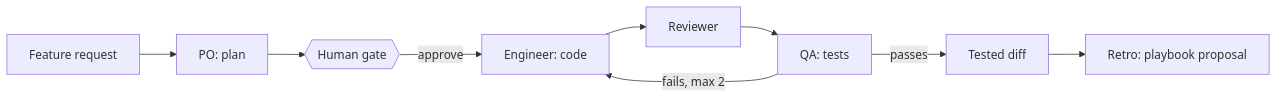
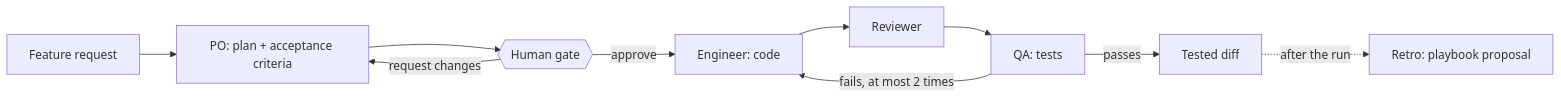
Before and after one commit to leonfpontes/agent-dev-crew: the diagram in README.md, drawn with Mermaid. The commit also changed other lines of this file and 18 other files, not shown here.

````diff
--- a/README.md
+++ b/README.md
@@ -18,11 +33,12 @@
 ```mermaid
 flowchart LR
-  request[Feature request] --> po[PO: plan]
+  request[Feature request] --> po[PO: plan + acceptance criteria]
   po --> gate{{Human gate}}
   gate -- approve --> eng[Engineer: code]
+  gate -- request changes --> po
   eng --> rev[Reviewer]
   rev --> qa[QA: tests]
-  qa -- fails, max 2 --> eng
+  qa -- fails, at most 2 times --> eng
   qa -- passes --> diff[Tested diff]
-  diff --> retro[Retro: playbook proposal]
+  diff -. after the run .-> retro[Retro: playbook proposal]
 ```
````
